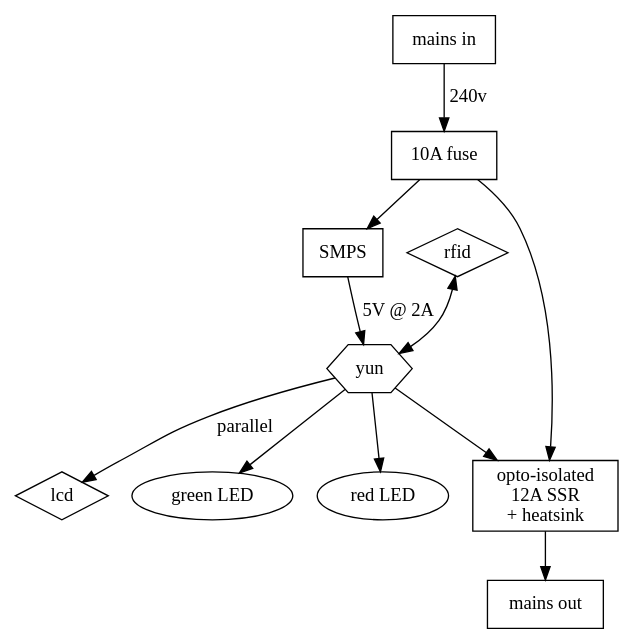
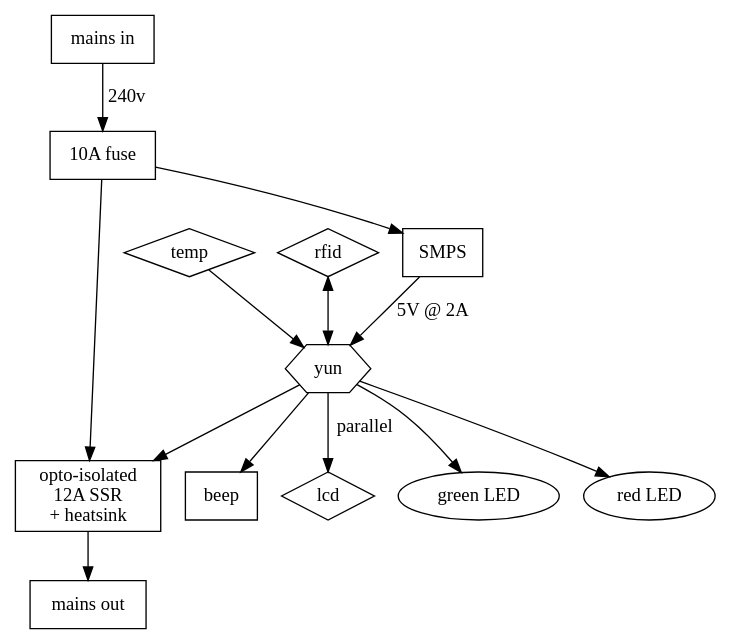
Before and after one commit to mattvenn/hackspace-power-controller: the diagram in electrical.dot, drawn with Graphviz. The commit also changed 2 other files, not shown here.

```diff
--- a/electrical.dot
+++ b/electrical.dot
@@ -1,36 +1,40 @@
 strict digraph G {
     yun[shape=hexagon];
     psu[shape=box];
     ssr[shape=box];
+    beep[shape=box];
     mains_in[shape=box];
     mains_out[shape=box];
     mains_fuse[shape=box];
+    temp[shape=diamond];
     rfid[shape=diamond];
     lcd[shape=diamond];
     led_on;
     led_off;
 
     mains_in -> mains_fuse[label="240v"]
     mains_fuse -> psu
     mains_fuse -> ssr
 
     mains_out[label="mains out"]
     mains_in[label="mains in"]
     mains_fuse[label="10A fuse"]
     ssr[label="opto-isolated\n12A SSR\n+ heatsink"]
 
     psu -> yun[label="5V @ 2A"]
     ssr -> mains_out
 
     psu[label="SMPS"]
 
     yun -> lcd[label="parallel"];
     rfid -> yun[dir="both"]
+    temp -> yun;
+    yun -> beep;
     yun -> led_on;
     yun -> led_off;
     yun -> ssr;
 
     led_on[label="green LED"]
     led_off[label="red LED"]
 
 }
```
